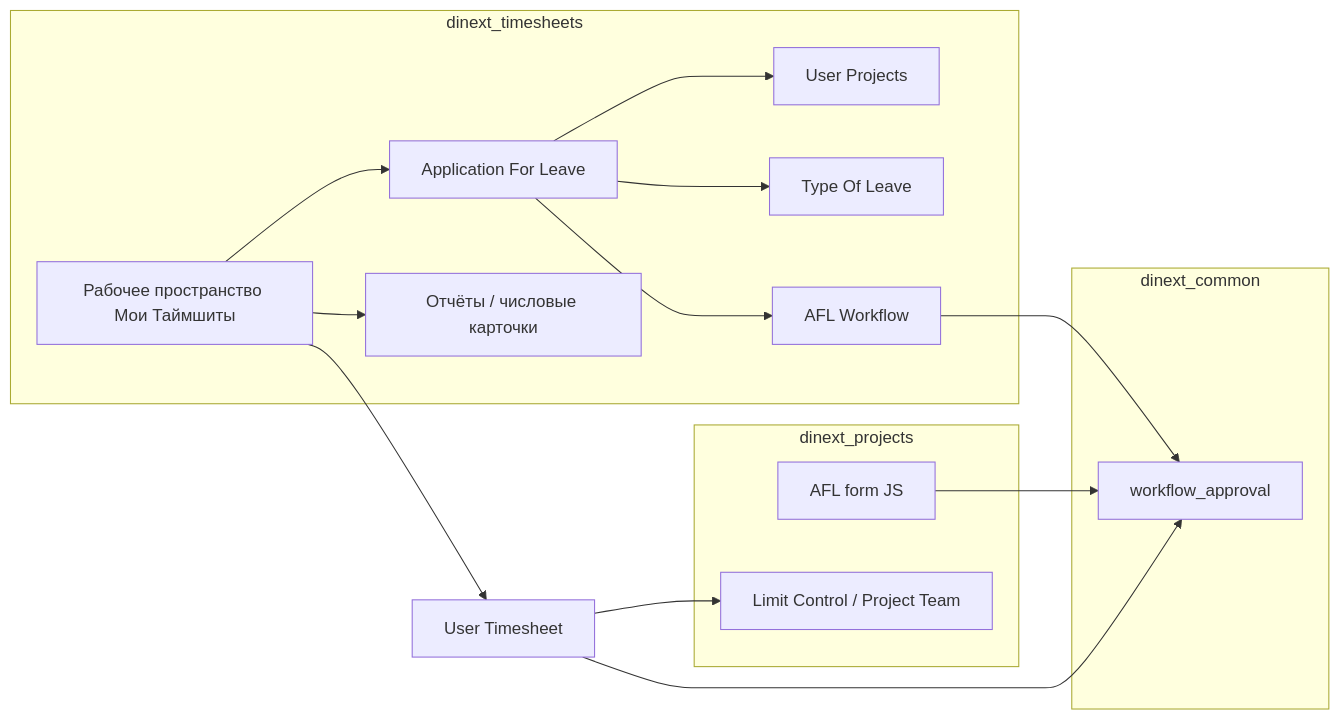
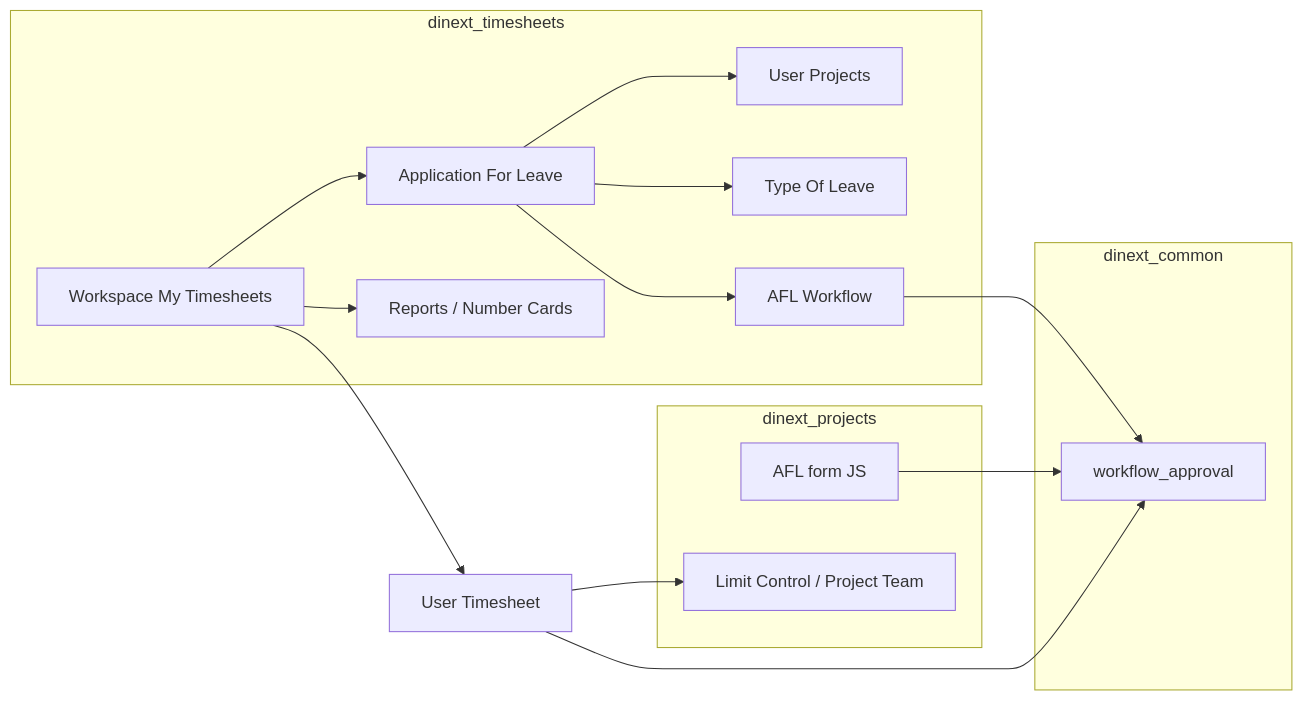
The second of 2 diagrams in README.md (Dinext-pro/dinext-timesheets), drawn with Mermaid before and after one commit. The commit also changed other lines of this file and 5 other files, not shown here.

Commit message:
fix(timesheets): load deadline charts before workspace upgrade

````diff
--- a/README.md
+++ b/README.md
@@ -263,28 +294,28 @@
 ```mermaid
 flowchart LR
     subgraph timesheets [dinext_timesheets]
       AFL[Application For Leave]
       UP[User Projects]
       TOL[Type Of Leave]
       WF[AFL Workflow]
-      WS[Рабочее пространство Мои Таймшиты]
-      REP[Отчёты / числовые карточки]
+      WS[Workspace My Timesheets]
+      REP[Reports / Number Cards]
     end
     subgraph projects [dinext_projects]
       AFLJs[AFL form JS]
       LC[Limit Control / Project Team]
     end
     subgraph common [dinext_common]
       Engine[workflow_approval]
     end
     AFL --> UP
     AFL --> TOL
     AFL --> WF
     WF --> Engine
     AFLJs --> Engine
     UT[User Timesheet] --> Engine
     UT --> LC
     WS --> REP
     WS --> AFL
     WS --> UT
 ```
````
